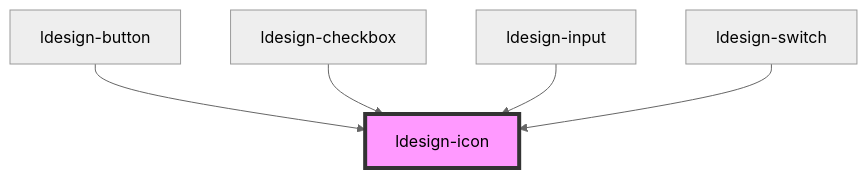
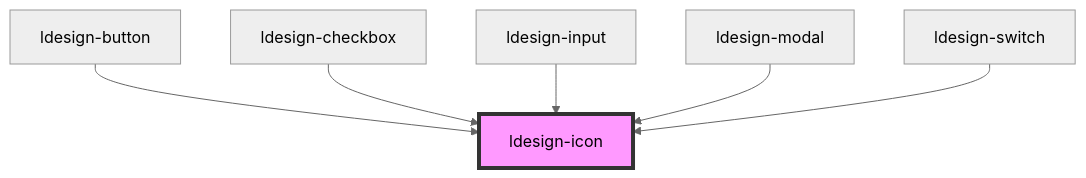
The diagram in packages/webcomponent/src/components/icon/readme.md (poly1603/ldesign), drawn with Mermaid (neutral theme) before and after one commit. The commit also changed other lines of this file and 16 other files, not shown here.

````diff
--- a/packages/webcomponent/src/components/icon/readme.md
+++ b/packages/webcomponent/src/components/icon/readme.md
@@ -33,8 +35,9 @@
 ```mermaid
 graph TD;
   ldesign-button --> ldesign-icon
   ldesign-checkbox --> ldesign-icon
   ldesign-input --> ldesign-icon
+  ldesign-modal --> ldesign-icon
   ldesign-switch --> ldesign-icon
   style ldesign-icon fill:#f9f,stroke:#333,stroke-width:4px
 ```
````
